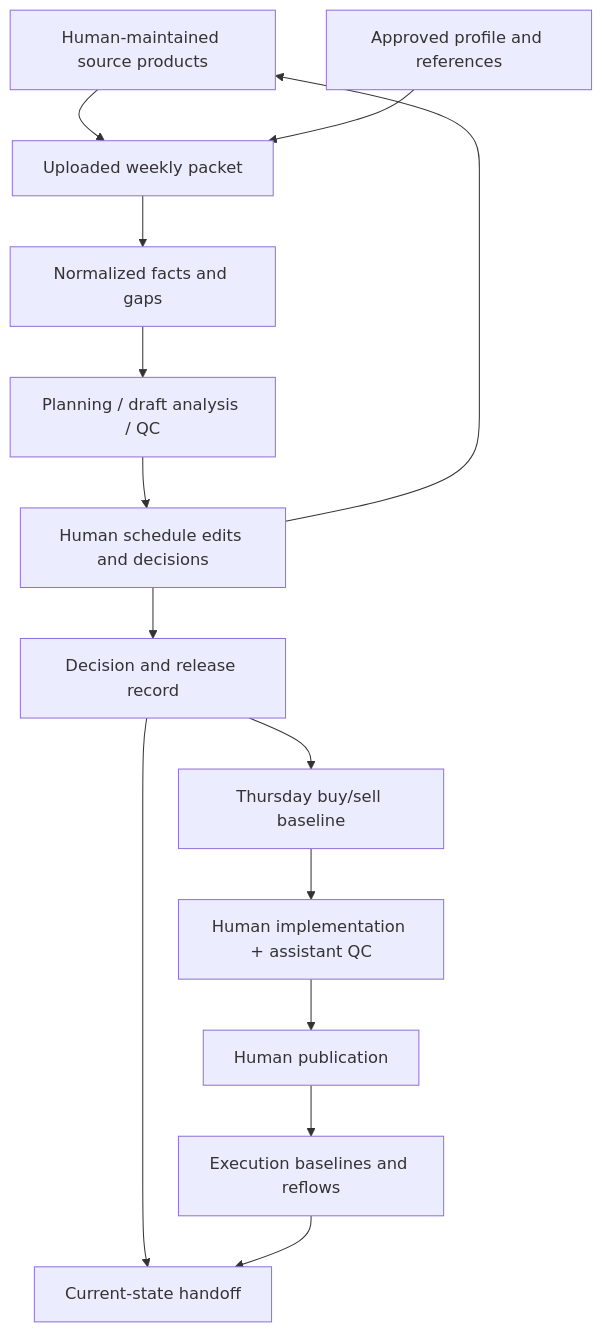
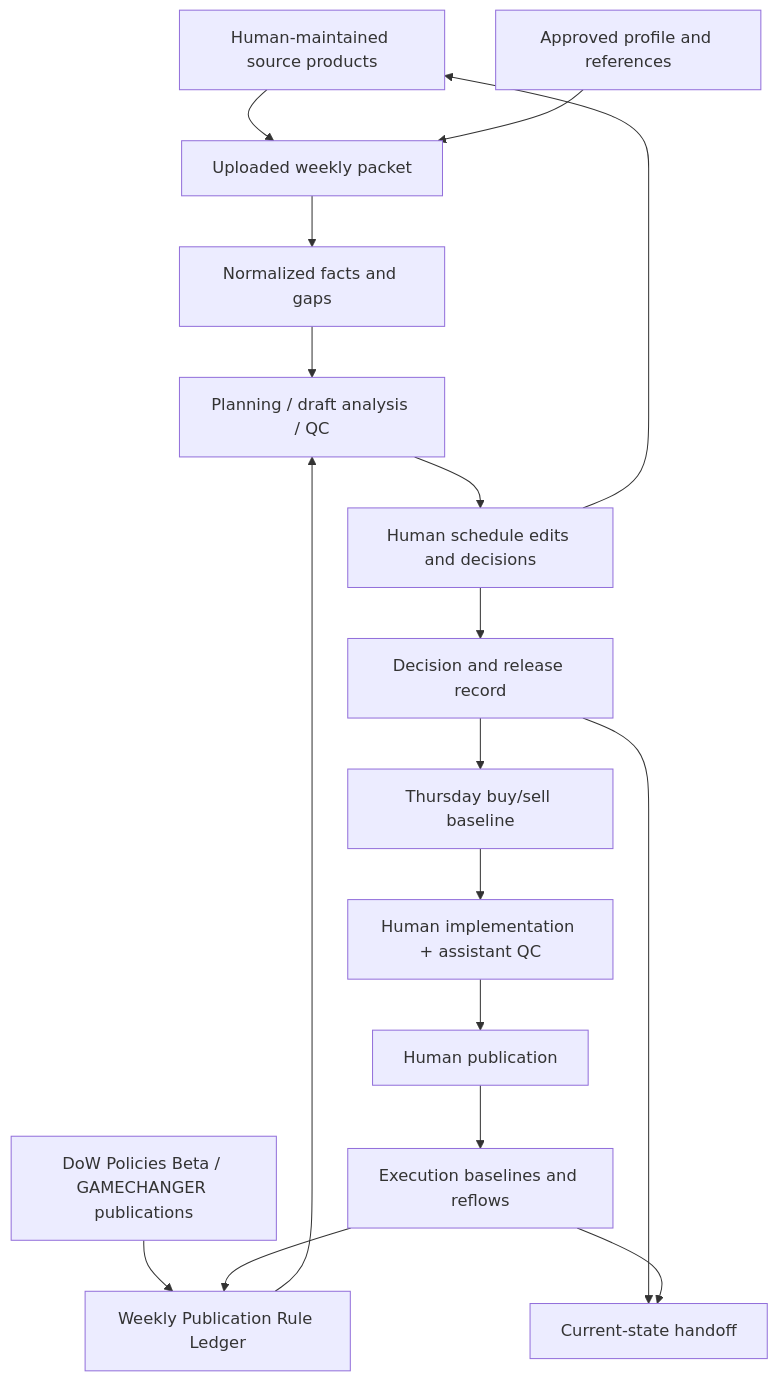
The diagram in ARCHITECTURE.md (joe-cole1/fs-scheduling-assistant), drawn with Mermaid before and after one commit. The commit also changed other lines of this file, not shown here.

Commit message:
Document GAMECHANGER publication evidence layer

````diff
--- a/ARCHITECTURE.md
+++ b/ARCHITECTURE.md
@@ -63,16 +65,19 @@
 ```mermaid
 flowchart TD
     A[Human-maintained source products] --> B[Uploaded weekly packet]
     C[Approved profile and references] --> B
+    GC[DoW Policies Beta / GAMECHANGER publications] --> P[Weekly Publication Rule Ledger]
     B --> D[Normalized facts and gaps]
     D --> E[Planning / draft analysis / QC]
+    P --> E
     E --> F[Human schedule edits and decisions]
     F --> A
     F --> G[Decision and release record]
     G --> H[Thursday buy/sell baseline]
     H --> I[Human implementation + assistant QC]
     I --> J[Human publication]
     J --> K[Execution baselines and reflows]
+    K --> P
     G --> L[Current-state handoff]
     K --> L
 ```
````
